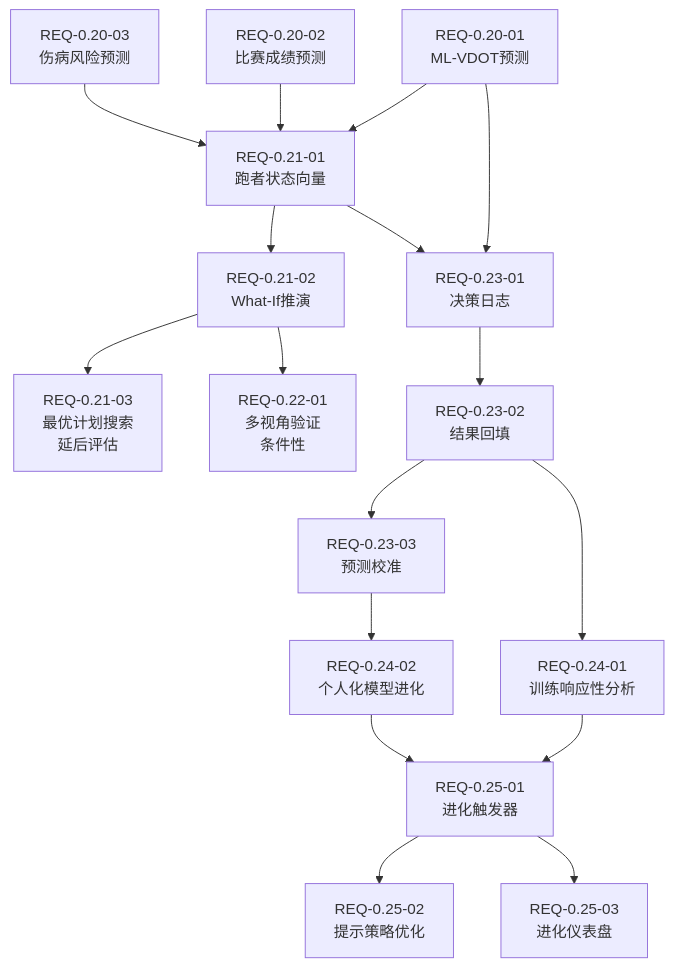
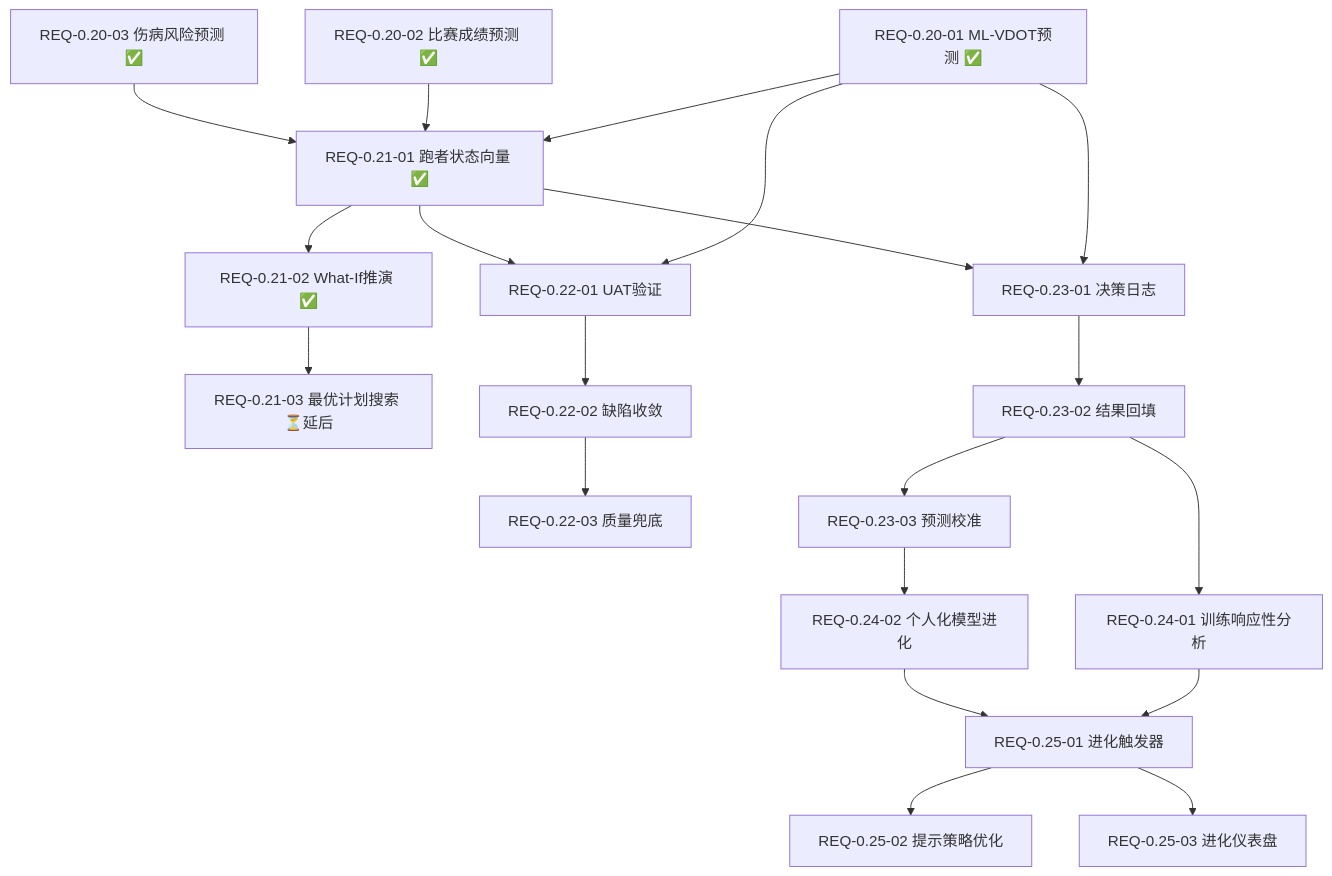
Before and after one commit to yecllsl/nanobot-runner: the first of 2 diagrams in docs/requirements/REQ_需求规格说明书.md, drawn with Mermaid. The commit also changed other lines of this file and 10 other files, not shown here.

````diff
--- a/docs/requirements/REQ_需求规格说明书.md
+++ b/docs/requirements/REQ_需求规格说明书.md
@@ -971,19 +727,22 @@
 ```mermaid
 graph TD
-    REQ02001[REQ-0.20-01<br/>ML-VDOT预测] --> REQ02101[REQ-0.21-01<br/>跑者状态向量]
-    REQ02002[REQ-0.20-02<br/>比赛成绩预测] --> REQ02101
-    REQ02003[REQ-0.20-03<br/>伤病风险预测] --> REQ02101
-    REQ02101 --> REQ02102[REQ-0.21-02<br/>What-If推演]
-    REQ02102 --> REQ02103[REQ-0.21-03<br/>最优计划搜索<br/>延后评估]
-    REQ02102 --> REQ02201[REQ-0.22-01<br/>多视角验证<br/>条件性]
-    REQ02001 --> REQ02301[REQ-0.23-01<br/>决策日志]
+    REQ02001[REQ-0.20-01 ML-VDOT预测 ✅] --> REQ02101[REQ-0.21-01 跑者状态向量 ✅]
+    REQ02002[REQ-0.20-02 比赛成绩预测 ✅] --> REQ02101
+    REQ02003[REQ-0.20-03 伤病风险预测 ✅] --> REQ02101
+    REQ02101 --> REQ02102[REQ-0.21-02 What-If推演 ✅]
+    REQ02102 --> REQ02103[REQ-0.21-03 最优计划搜索 ⏳延后]
+    REQ02001 --> REQ02201[REQ-0.22-01 UAT验证]
+    REQ02101 --> REQ02201
+    REQ02201 --> REQ02202[REQ-0.22-02 缺陷收敛]
+    REQ02202 --> REQ02203[REQ-0.22-03 质量兜底]
+    REQ02001 --> REQ02301[REQ-0.23-01 决策日志]
     REQ02101 --> REQ02301
-    REQ02301 --> REQ02302[REQ-0.23-02<br/>结果回填]
-    REQ02302 --> REQ02303[REQ-0.23-03<br/>预测校准]
-    REQ02302 --> REQ02401[REQ-0.24-01<br/>训练响应性分析]
-    REQ02303 --> REQ02402[REQ-0.24-02<br/>个人化模型进化]
-    REQ02401 --> REQ02501[REQ-0.25-01<br/>进化触发器]
+    REQ02301 --> REQ02302[REQ-0.23-02 结果回填]
+    REQ02302 --> REQ02303[REQ-0.23-03 预测校准]
+    REQ02302 --> REQ02401[REQ-0.24-01 训练响应性分析]
+    REQ02303 --> REQ02402[REQ-0.24-02 个人化模型进化]
+    REQ02401 --> REQ02501[REQ-0.25-01 进化触发器]
     REQ02402 --> REQ02501
-    REQ02501 --> REQ02502[REQ-0.25-02<br/>提示策略优化]
-    REQ02501 --> REQ02503[REQ-0.25-03<br/>进化仪表盘]
+    REQ02501 --> REQ02502[REQ-0.25-02 提示策略优化]
+    REQ02501 --> REQ02503[REQ-0.25-03 进化仪表盘]
 ```
````
